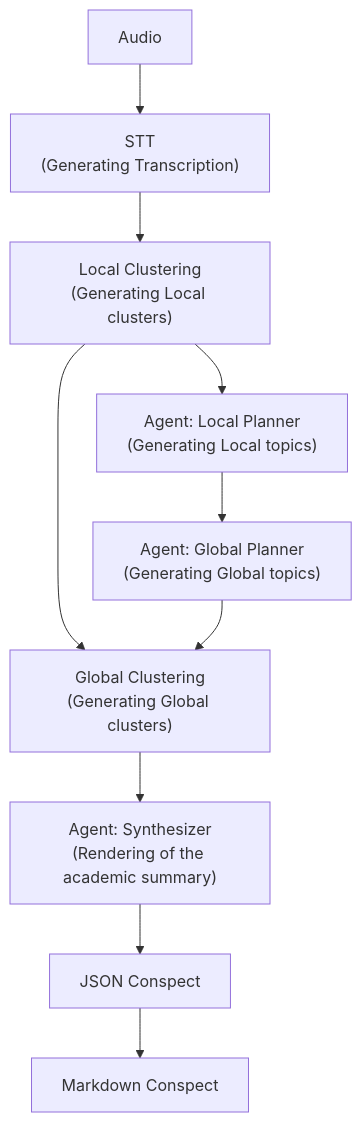
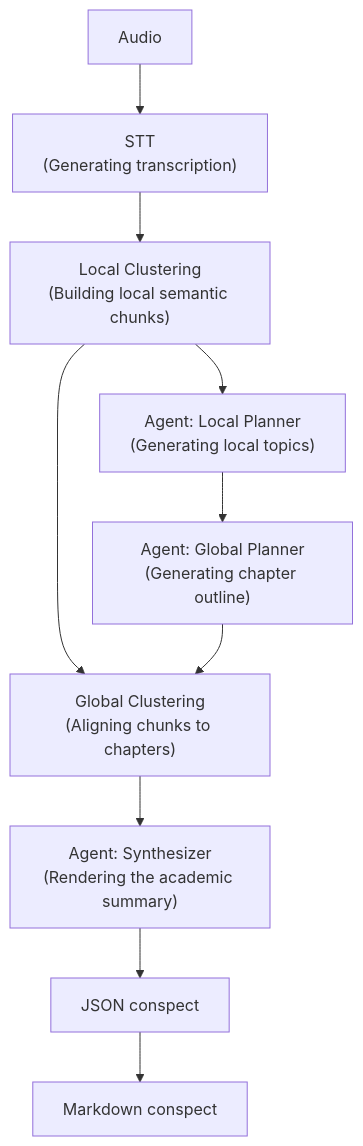
Before and after one commit to m4deme1ns4ne/LongConspectWriter: the diagram in README.md, drawn with Mermaid. The commit also changed other lines of this file and 1 other file, not shown here.

Commit message:
обновил README.md b README.ru.md

````diff
--- a/README.md
+++ b/README.md
@@ -16,18 +16,14 @@
 ```mermaid
 flowchart TD
-    Audio["Audio"] --> STT["STT<br/>(Generating Transcription)"]
-    
-    STT -->  LCluster["Local Clustering<br/>(Generating Local clusters)"]
+    Audio["Audio"] --> STT["STT<br/>(Generating transcription)"]
 
-    LCluster --> LPlanner["Agent: Local Planner<br/>(Generating Local topics)"]
-    
-    LPlanner --> GPlanner["Agent: Global Planner<br/>(Generating Global topics)"]
-    
-    LCluster & GPlanner --> GCluster["Global Clustering<br/>(Generating Global clusters)"]
-    
-    GCluster --> Synthesizer["Agent: Synthesizer<br/>(Rendering of the academic summary)"]
-    
-    Synthesizer --> JSON["JSON Conspect"]
+    STT --> LCluster["Local Clustering<br/>(Building local semantic chunks)"]
+    LCluster --> LPlanner["Agent: Local Planner<br/>(Generating local topics)"]
+    LPlanner --> GPlanner["Agent: Global Planner<br/>(Generating chapter outline)"]
 
-    JSON --> MD["Markdown Conspect"]
+    LCluster & GPlanner --> GCluster["Global Clustering<br/>(Aligning chunks to chapters)"]
+    GCluster --> Synthesizer["Agent: Synthesizer<br/>(Rendering the academic summary)"]
+
+    Synthesizer --> JSON["JSON conspect"]
+    JSON --> MD["Markdown conspect"]
 ```
````
